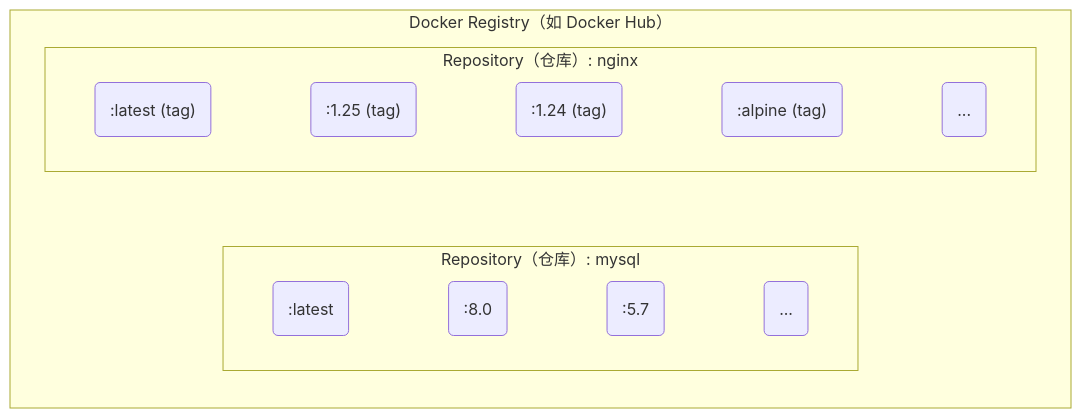
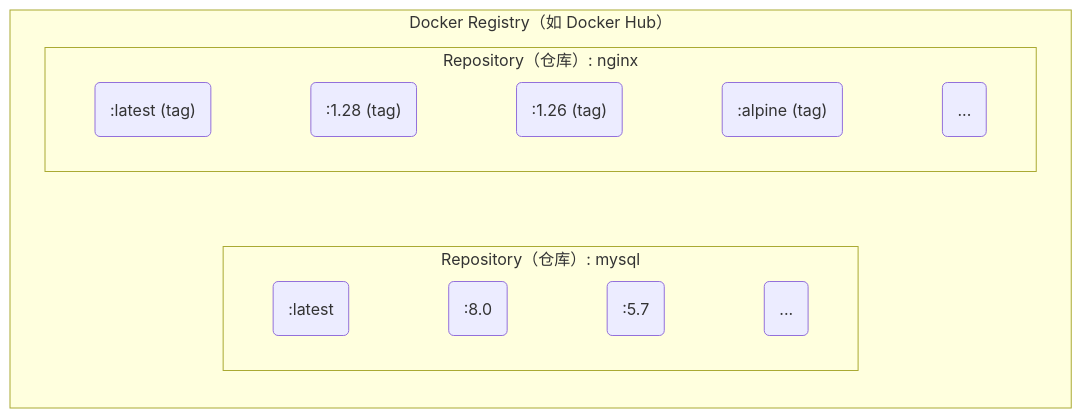
One commit to doggy8088/docker_practice changed the diagram in 02_basic_concept/2.3_repository.md. Above: the diagram before and after it, drawn with Mermaid. The commit also changed other lines of this file and 14 other files, not shown here.

````diff
--- a/02_basic_concept/2.3_repository.md
+++ b/02_basic_concept/2.3_repository.md
@@ -21,24 +21,24 @@
 ```mermaid
 flowchart TB
     subgraph Registry ["Docker Registry（如 Docker Hub）"]
         direction TB
         subgraph RepoNginx ["Repository（仓库）: nginx"]
             direction LR
             N1(":latest (tag)")
-            N2(":1.25 (tag)")
-            N3(":1.24 (tag)")
+            N2(":1.28 (tag)")
+            N3(":1.26 (tag)")
             N4(":alpine (tag)")
             N5("...")
             N1 ~~~ N2 ~~~ N3 ~~~ N4 ~~~ N5
         end
         subgraph RepoMysql ["Repository（仓库）: mysql"]
             direction LR
             M1(":latest")
             M2(":8.0")
             M3(":5.7")
             M4("...")
             M1 ~~~ M2 ~~~ M3 ~~~ M4
         end
         RepoNginx ~~~ RepoMysql
     end
 ```
````
